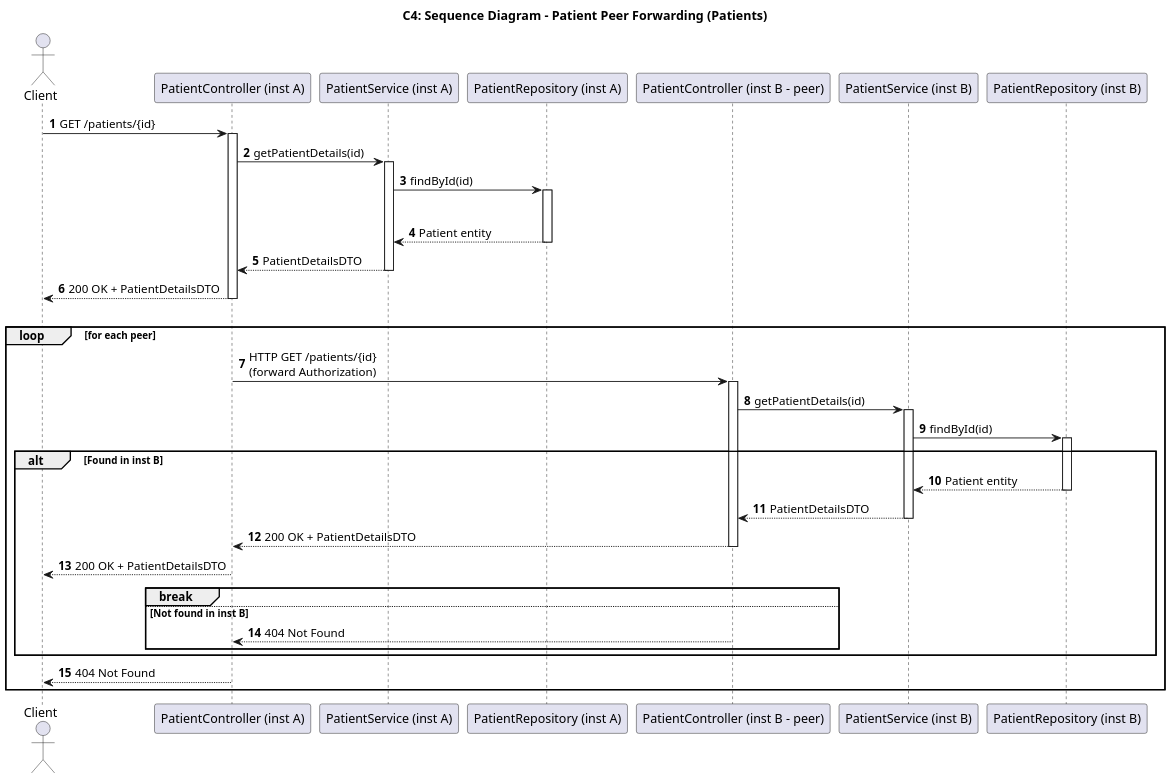
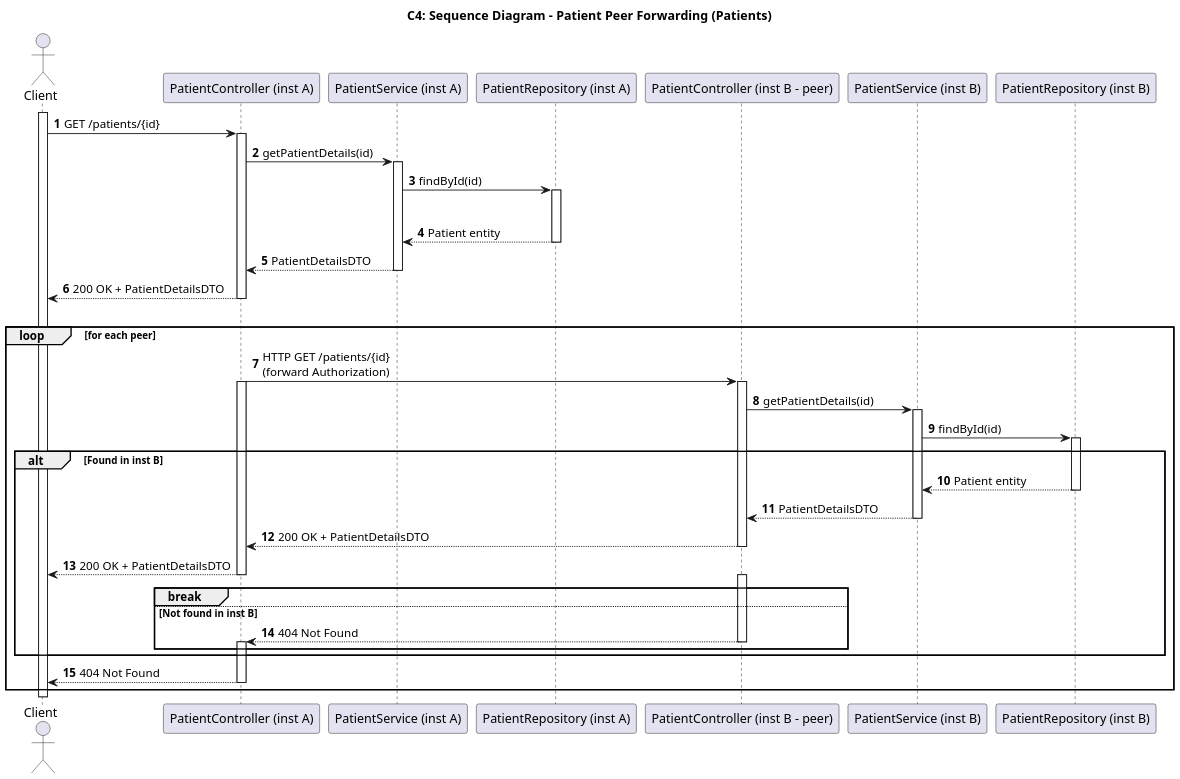
One commit to pedrods05/LETI_SIDIS_3DA_6 changed the diagram in DOCS/C4+1/C4+1-PatientPeerForwarding-Sequence.puml. Above: the diagram before and after it, drawn with PlantUML. The commit also changed 12 other files, not shown here.

Commit message:
ajustes diagramas

```diff
--- a/DOCS/C4+1/C4+1-PatientPeerForwarding-Sequence.puml
+++ b/DOCS/C4+1/C4+1-PatientPeerForwarding-Sequence.puml
@@ -1,66 +1,70 @@
 @startuml
 ' C4+1 — Patient peer forwarding SD (layered)
 skinparam dpi 150
 skinparam shadowing false
 skinparam DefaultFontName Arial
 
 title C4: Sequence Diagram - Patient Peer Forwarding (Patients)
 
 actor "Client" as C
 participant "PatientController (inst A)" as PC_A
 participant "PatientService (inst A)" as PS_A
 participant "PatientRepository (inst A)" as PREPO_A
 participant "PatientController (inst B - peer)" as PC_B
 participant "PatientService (inst B)" as PS_B
 participant "PatientRepository (inst B)" as PREPO_B
 
+activate C
 autonumber
 C -> PC_A : GET /patients/{id}
 activate PC_A
 PC_A -> PS_A : getPatientDetails(id)
 activate PS_A
 PS_A -> PREPO_A : findById(id)
 activate PREPO_A
 alt Found in inst A
   PREPO_A --> PS_A : Patient entity
   deactivate PREPO_A
   PS_A --> PC_A : PatientDetailsDTO
   deactivate PS_A
   PC_A --> C : 200 OK + PatientDetailsDTO
   deactivate PC_A
 else Not found in inst A
   ' close repository and service without explicit null/NotFound arrows
   deactivate PREPO_A
   deactivate PS_A
   ' Try peers sequentially
   loop for each peer
     PC_A -> PC_B : HTTP GET /patients/{id}\n(forward Authorization)
+    activate PC_A
     activate PC_B
     PC_B -> PS_B : getPatientDetails(id)
     activate PS_B
     PS_B -> PREPO_B : findById(id)
     activate PREPO_B
     alt Found in inst B
       PREPO_B --> PS_B : Patient entity
       deactivate PREPO_B
       PS_B --> PC_B : PatientDetailsDTO
       deactivate PS_B
       PC_B --> PC_A : 200 OK + PatientDetailsDTO
       deactivate PC_B
       PC_A --> C : 200 OK + PatientDetailsDTO
       deactivate PC_A
       break
     else Not found in inst B
       ' close repo/service; continue to next peer
       deactivate PREPO_B
       deactivate PS_B
+      activate PC_B
       PC_B --> PC_A : 404 Not Found
       deactivate PC_B
+      activate PC_A
     end
   end
   ' No peer returned a hit
   PC_A --> C : 404 Not Found
   deactivate PC_A
 end
 
 @enduml
```
